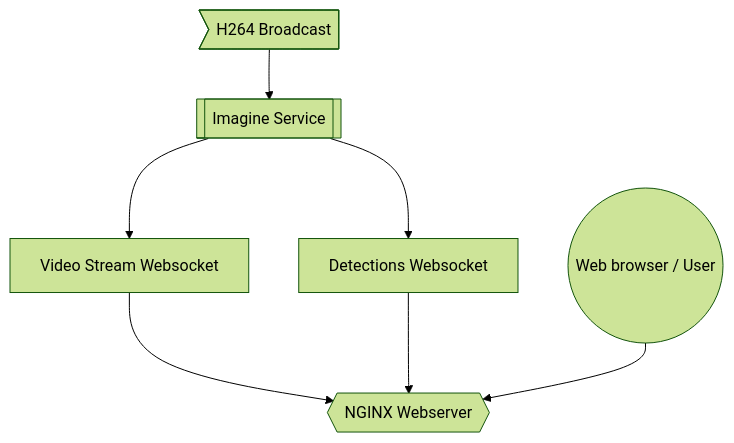
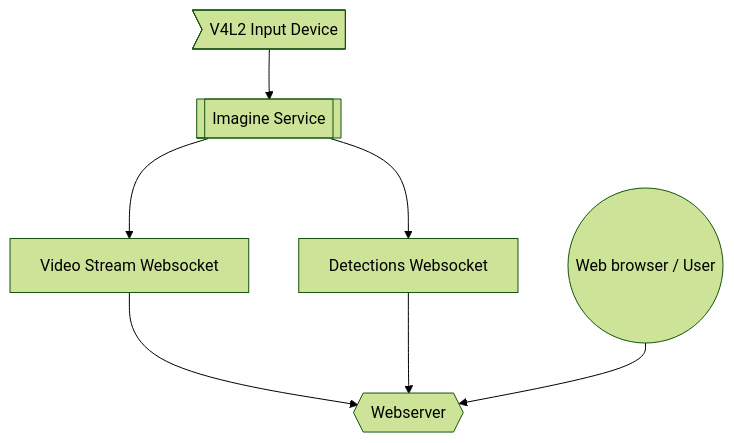
Before and after one commit to stakach/imagine-monitor: the diagram in README.md, drawn with Mermaid (forest theme). The commit also changed other lines of this file, not shown here.

````diff
--- a/README.md
+++ b/README.md
@@ -5,9 +5,9 @@
 ```mermaid
 flowchart TD
-    B>H264 Broadcast] --> I[[Imagine Service]]
+    B>V4L2 Input Device] --> I[[Imagine Service]]
     I --> V[Video Stream Websocket]
     I --> D[Detections Websocket]
-    V --> N{{NGINX Webserver}}
+    V --> N{{Webserver}}
     D --> N
     U((Web browser / User)) --> N
 ```
````
